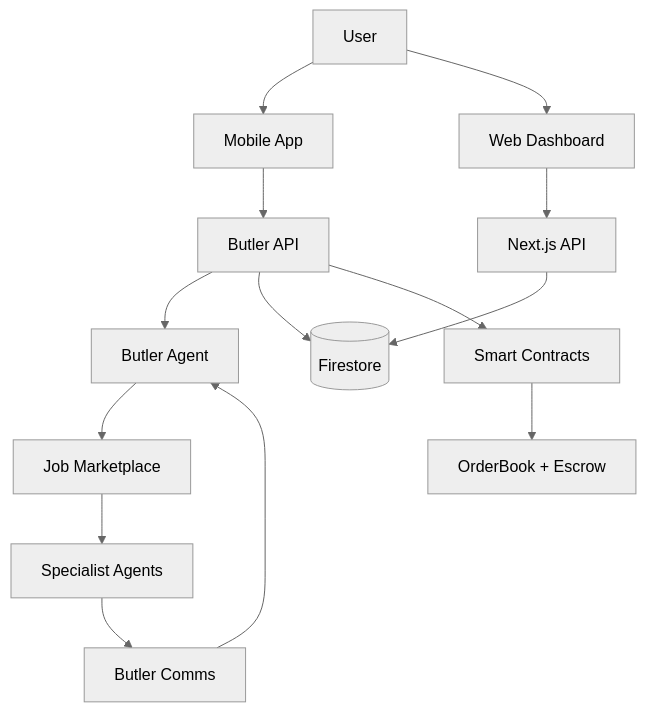
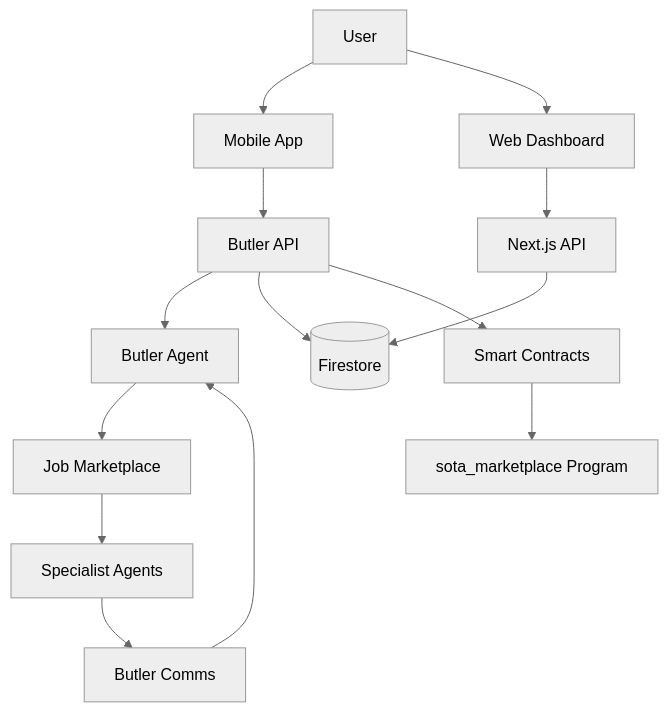
Before and after one commit to BabyBoss45/SOTA_HackEurope: the second of 2 diagrams in README.md, drawn with Mermaid (neutral theme). The commit also changed other lines of this file and 269 other files, not shown here.

````diff
--- a/README.md
+++ b/README.md
@@ -100,21 +97,21 @@
 ```mermaid
 graph TD
     U[User] --> M[Mobile App]
     U --> W[Web Dashboard]
 
     M --> BAPI[Butler API]
     W --> NAPI[Next.js API]
 
     BAPI --> BUTLER[Butler Agent]
     BUTLER --> BOARD[Job Marketplace]
 
     BOARD --> WORKERS[Specialist Agents]
     WORKERS --> COMMS[Butler Comms]
     COMMS --> BUTLER
 
     NAPI --> FS[(Firestore)]
     BAPI --> FS
 
     BAPI --> SC[Smart Contracts]
-    SC --> ONCHAIN[OrderBook + Escrow]
+    SC --> ONCHAIN[sota_marketplace Program]
 ```
````
